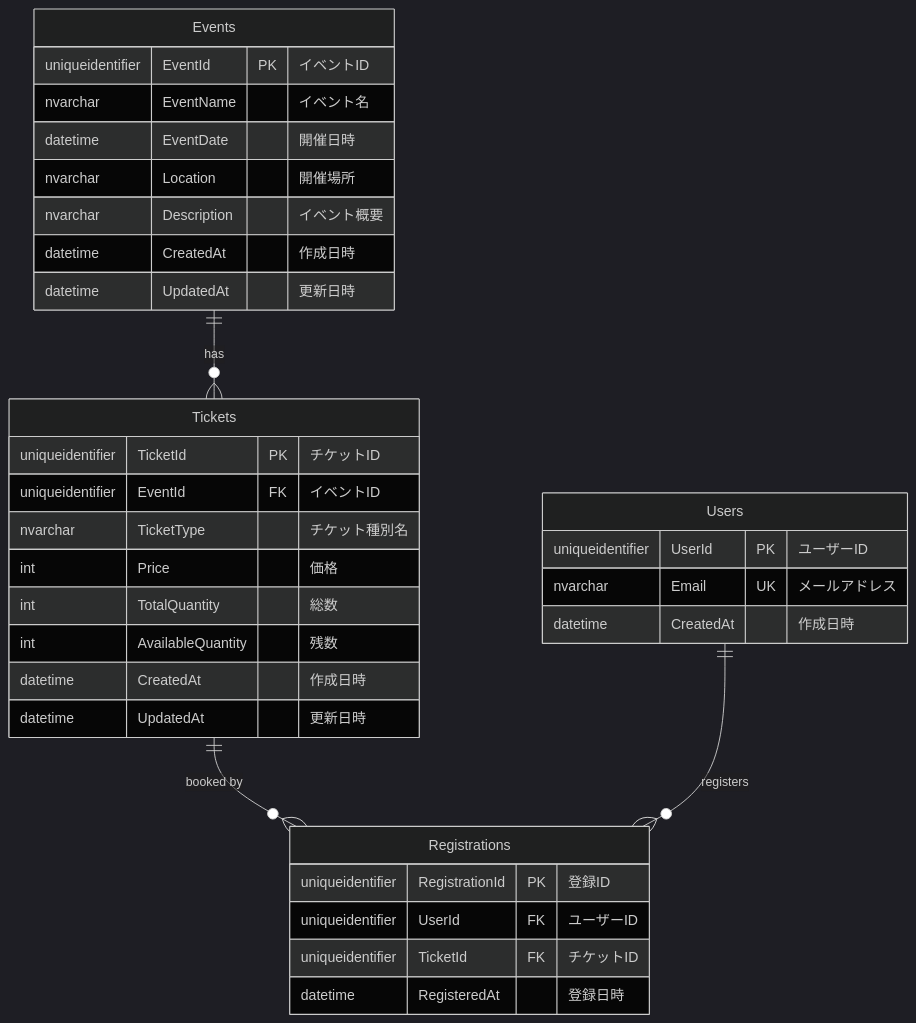
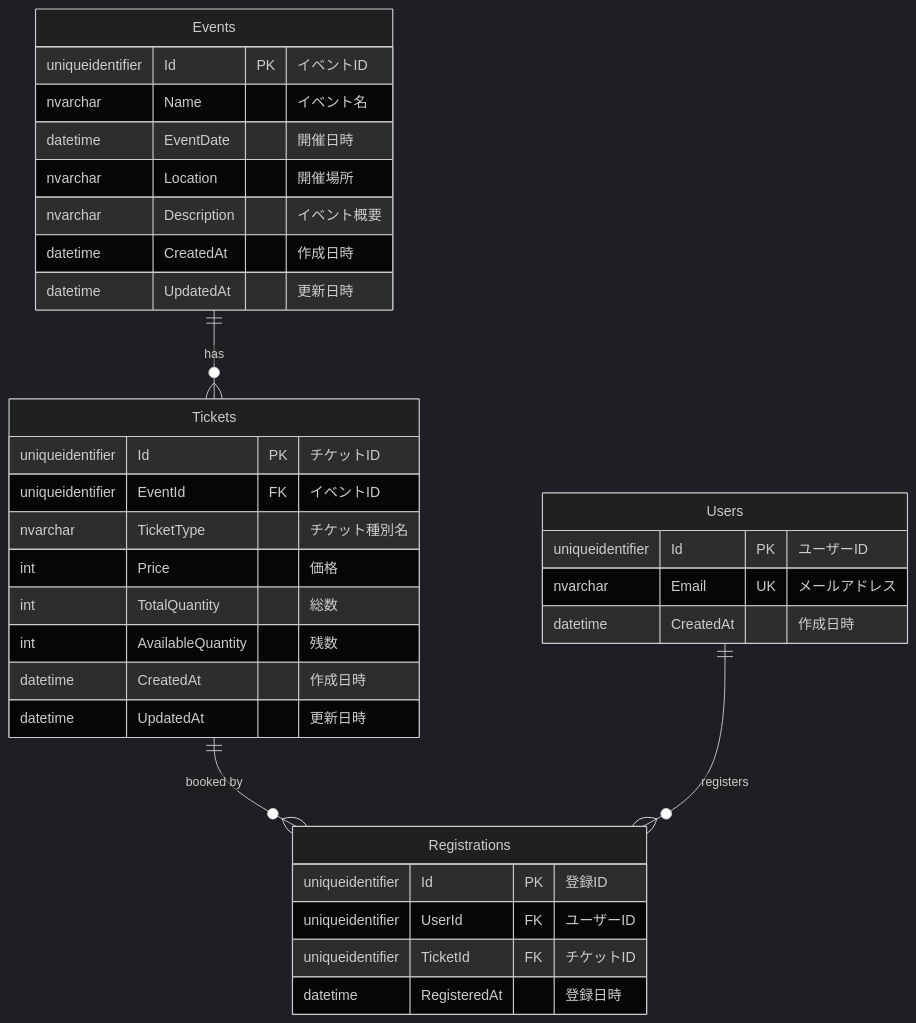
Before and after one commit to kazakht/event-registration-system: the diagram in docs/er-diagram.md, drawn with Mermaid (dark theme). The commit also changed other lines of this file, not shown here.

Commit message:
Unify PK/FK naming conventions between er-diagram.md and table-definition.md

````diff
--- a/docs/er-diagram.md
+++ b/docs/er-diagram.md
@@ -5,40 +5,40 @@
 ```mermaid
 erDiagram
     Events ||--o{ Tickets : "has"
     Tickets ||--o{ Registrations : "booked by"
     Users ||--o{ Registrations : "registers"
 
     Events {
-        uniqueidentifier EventId PK "イベントID"
-        nvarchar EventName "イベント名"
+        uniqueidentifier Id PK "イベントID"
+        nvarchar Name "イベント名"
         datetime EventDate "開催日時"
         nvarchar Location "開催場所"
         nvarchar Description "イベント概要"
         datetime CreatedAt "作成日時"
         datetime UpdatedAt "更新日時"
     }
 
     Tickets {
-        uniqueidentifier TicketId PK "チケットID"
+        uniqueidentifier Id PK "チケットID"
         uniqueidentifier EventId FK "イベントID"
         nvarchar TicketType "チケット種別名"
         int Price "価格"
         int TotalQuantity "総数"
         int AvailableQuantity "残数"
         datetime CreatedAt "作成日時"
         datetime UpdatedAt "更新日時"
     }
 
     Users {
-        uniqueidentifier UserId PK "ユーザーID"
+        uniqueidentifier Id PK "ユーザーID"
         nvarchar Email UK "メールアドレス"
         datetime CreatedAt "作成日時"
     }
 
     Registrations {
-        uniqueidentifier RegistrationId PK "登録ID"
+        uniqueidentifier Id PK "登録ID"
         uniqueidentifier UserId FK "ユーザーID"
         uniqueidentifier TicketId FK "チケットID"
         datetime RegisteredAt "登録日時"
     }
 ```
````
